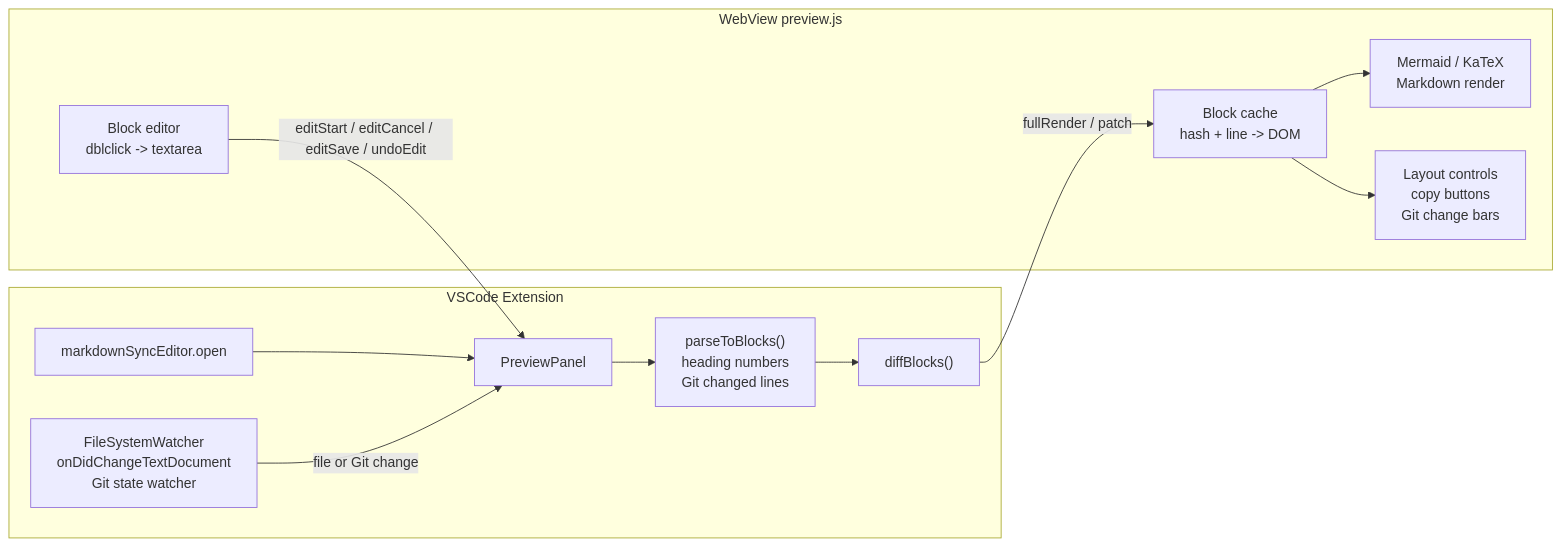
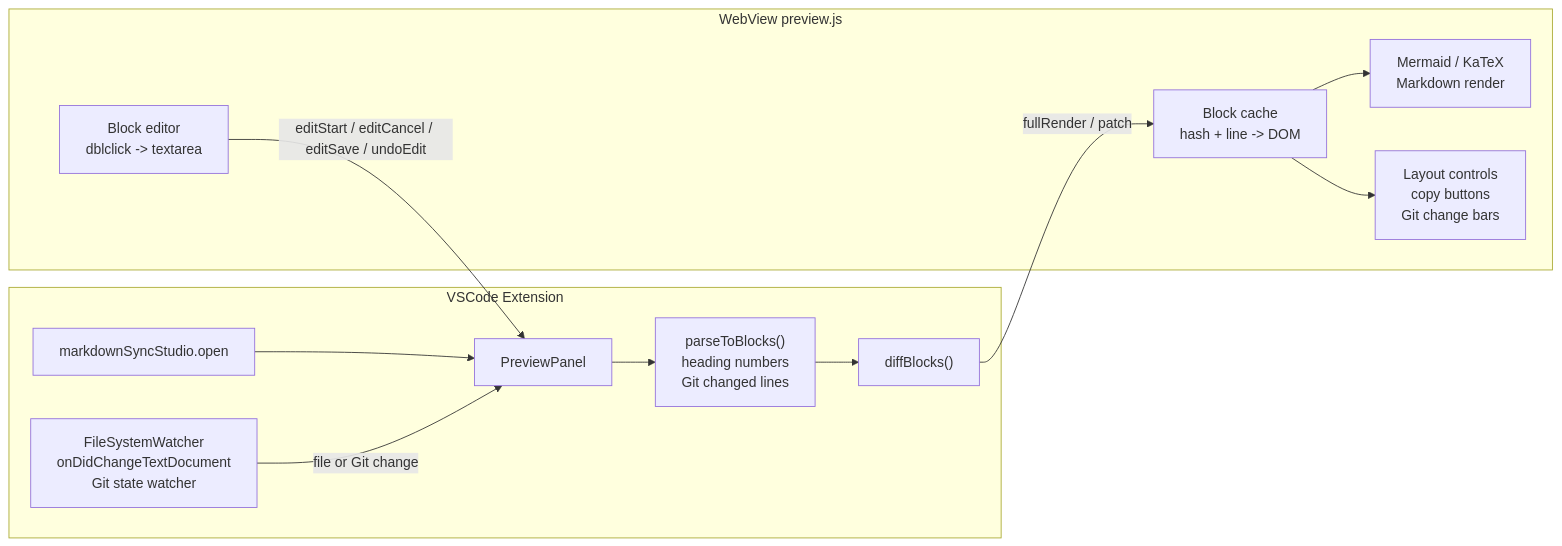
The second of 2 diagrams in README.md (kooooochi/md-live-preview), drawn with Mermaid before and after one commit. The commit also changed other lines of this file and 8 other files, not shown here.

Commit message:
Rename extension to Markdown Sync Studio

````diff
--- a/README.md
+++ b/README.md
@@ -207,27 +207,27 @@
 ```mermaid
 
 flowchart LR
   subgraph Extension["VSCode Extension"]
-    command["markdownSyncEditor.open"]
+    command["markdownSyncStudio.open"]
     panel["PreviewPanel"]
     watcher["FileSystemWatcher\nonDidChangeTextDocument\nGit state watcher"]
     parser["parseToBlocks()\nheading numbers\nGit changed lines"]
     differ["diffBlocks()"]
   end
 
   subgraph Webview["WebView preview.js"]
     cache["Block cache\nhash + line -> DOM"]
     renderer["Mermaid / KaTeX\nMarkdown render"]
     editor["Block editor\ndblclick -> textarea"]
     ui["Layout controls\ncopy buttons\nGit change bars"]
   end
 
   command --> panel
   watcher -->|file or Git change| panel
   panel --> parser --> differ
   differ -->|fullRender / patch| cache
   cache --> renderer
   cache --> ui
   editor -->|editStart / editCancel / editSave / undoEdit| panel
 
 ```
````
